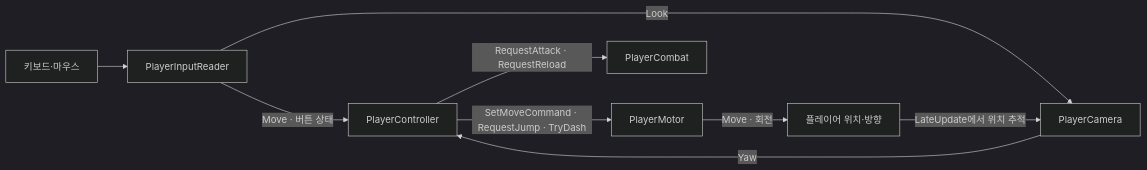
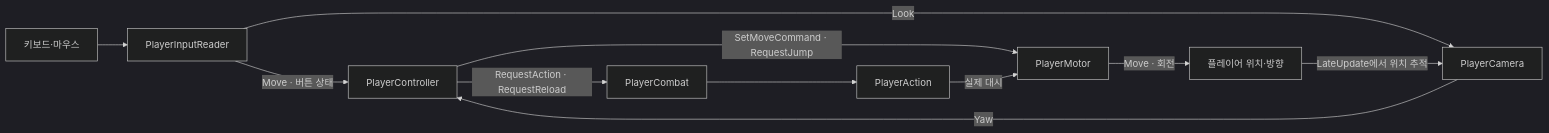
Before and after one commit to Sand-House/ProjectU: the diagram in 플레이어 조작 가이드.md, drawn with Mermaid (dark theme). The commit also changed other lines of this file and 53 other files, not shown here.

````diff
--- a/플레이어 조작 가이드.md
+++ b/플레이어 조작 가이드.md
@@ -105,11 +110,13 @@
 ```mermaid
 flowchart LR
     Device[키보드·마우스] --> Reader[PlayerInputReader]
     Reader -->|Move · 버튼 상태| Controller[PlayerController]
     Reader -->|Look| Camera[PlayerCamera]
     Camera -->|Yaw| Controller
-    Controller -->|SetMoveCommand · RequestJump · TryDash| Motor[PlayerMotor]
-    Controller -->|RequestAttack · RequestReload| Attacks[PlayerCombat]
+    Controller -->|SetMoveCommand · RequestJump| Motor[PlayerMotor]
+    Controller -->|RequestAction · RequestReload| Attacks[PlayerCombat]
+    Attacks --> Actions[PlayerAction]
+    Actions -->|실제 대시| Motor
     Motor -->|Move · 회전| Player[플레이어 위치·방향]
     Player -->|LateUpdate에서 위치 추적| Camera
 ```
````
